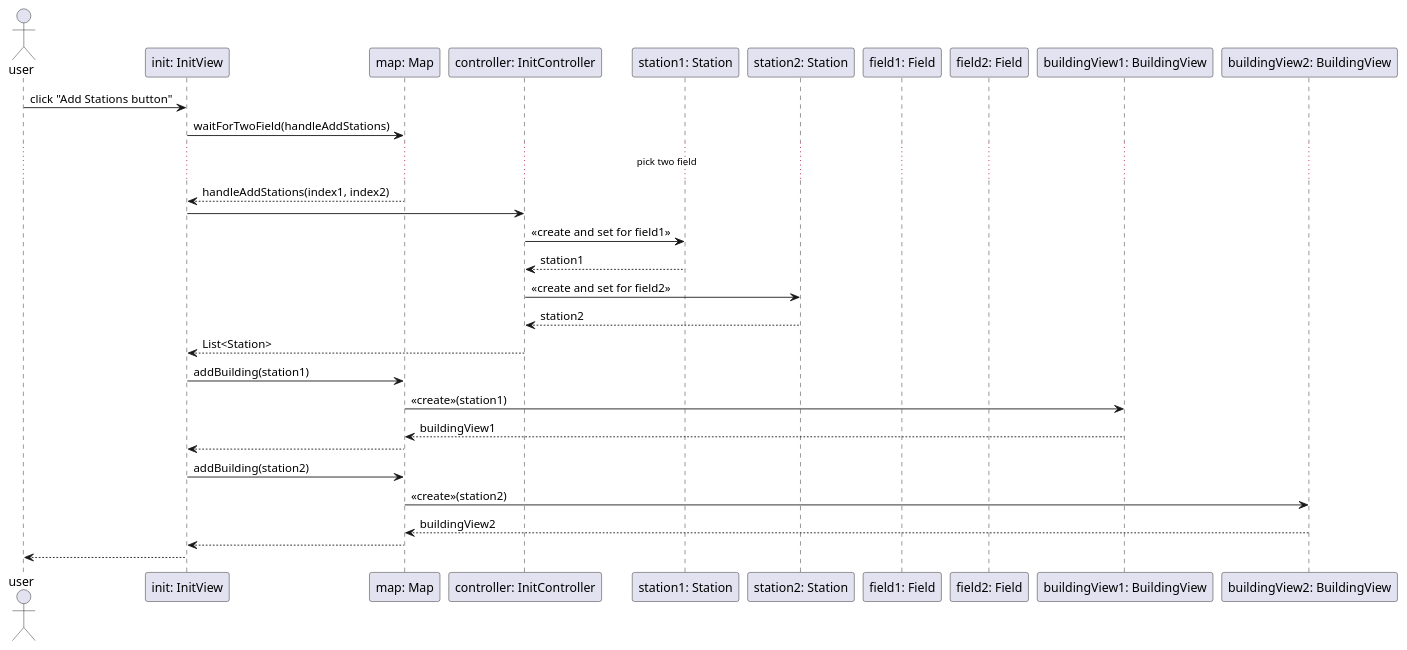
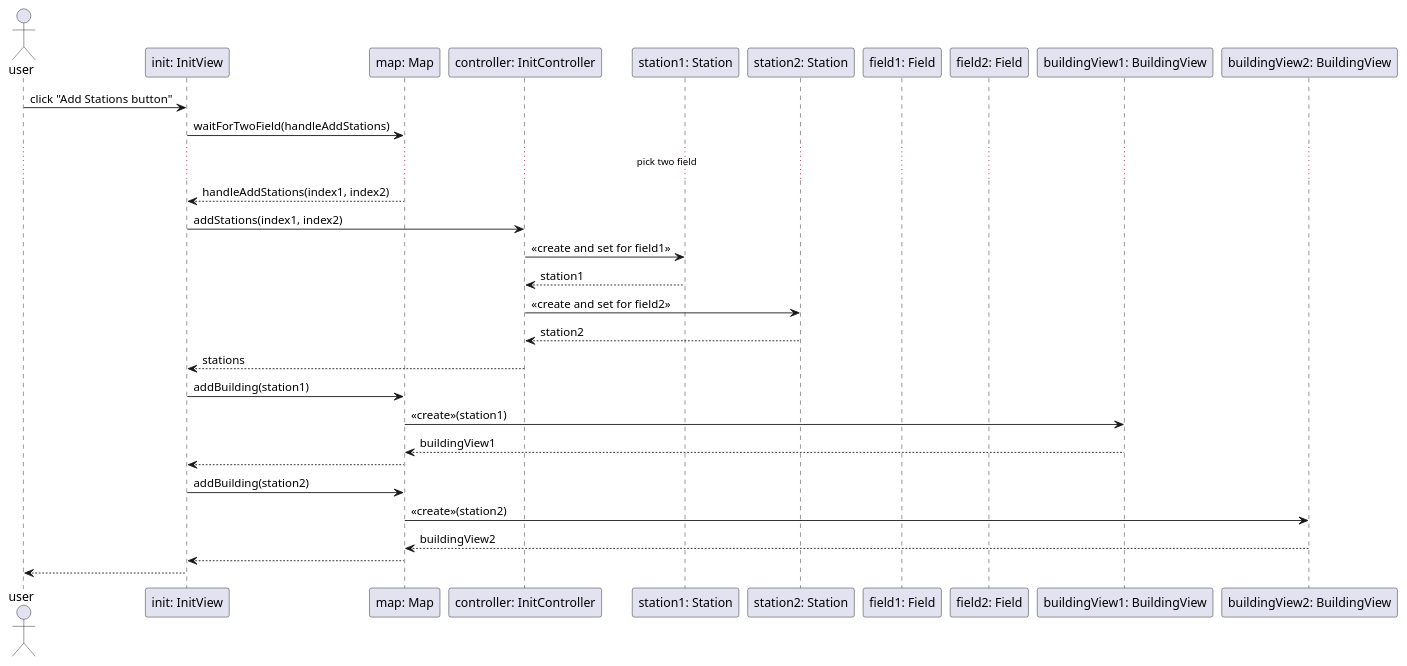
One commit to uhrinandor/spring changed the diagram in docs/graphics/sequence/init/addStation.plantuml. Above: the diagram before and after it, drawn with PlantUML. The commit also changed 7 other files, not shown here.

```diff
--- a/docs/graphics/sequence/init/addStation.plantuml
+++ b/docs/graphics/sequence/init/addStation.plantuml
@@ -1,37 +1,37 @@
 @startuml
 
 actor "user" as user
 participant "init: InitView" as init
 participant "map: Map" as map
 participant "controller: InitController" as controller
 participant "station1: Station" as 1
 participant "station2: Station" as 2
 participant "field1: Field" as field1
 participant "field2: Field" as field2
 participant "buildingView1: BuildingView" as buildingView1
 participant "buildingView2: BuildingView" as buildingView2
 
 user -> init: click "Add Stations button"
 init -> map: waitForTwoField(handleAddStations)
    ... pick two field ...
 map --> init: handleAddStations(index1, index2)
 
-init -> controller:
+init -> controller: addStations(index1, index2)
 controller -> 1: <<create and set for field1>>
 1 --> controller: station1
 controller -> 2: <<create and set for field2>>
 2 --> controller: station2
 
-controller --> init: List<Station>
+controller --> init: stations
 
 init -> map: addBuilding(station1)
 map -> buildingView1: <<create>>(station1)
 buildingView1 --> map: buildingView1
 map --> init:
 init -> map: addBuilding(station2)
 map -> buildingView2: <<create>>(station2)
 buildingView2 --> map: buildingView2
 map --> init:
 init --> user:
 
 @enduml
```
